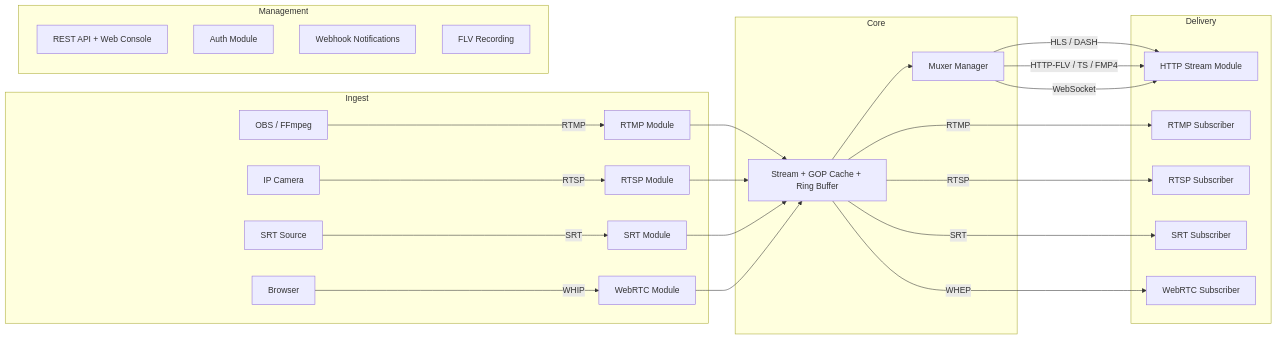
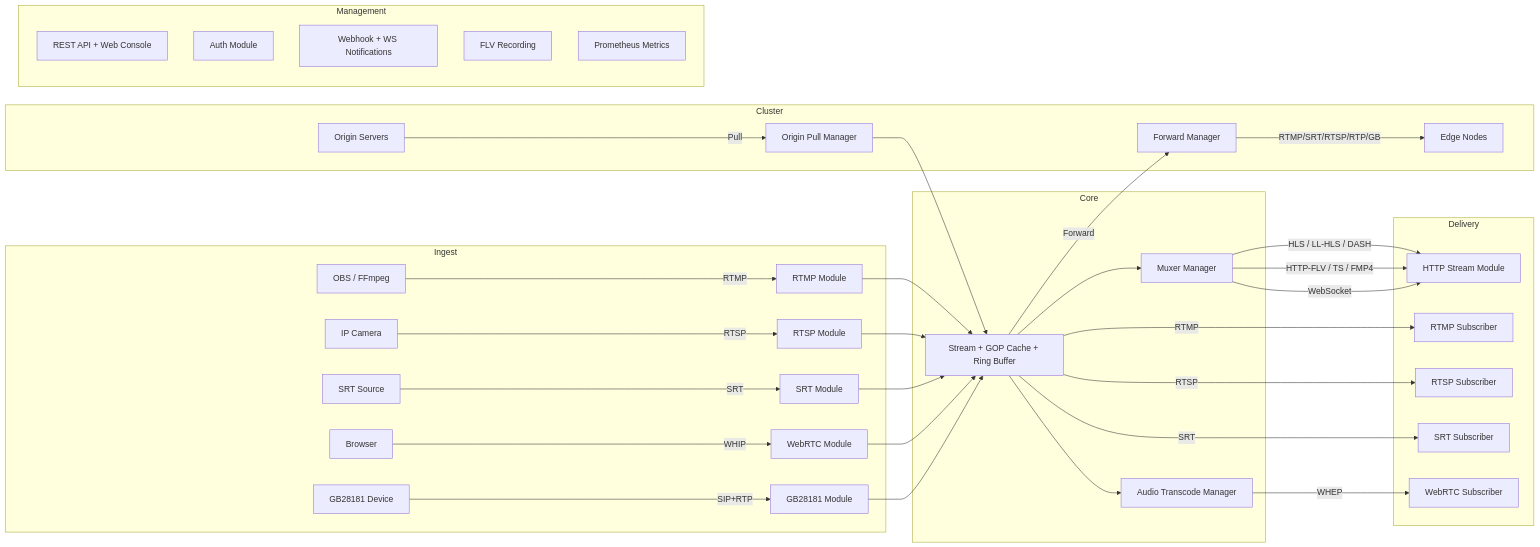
The diagram in README.md (im-pingo/liveforge), drawn with Mermaid before and after one commit. The commit also changed other lines of this file and 1 other file, not shown here.

First line of the commit message:
docs: update README with audio transcoding, GB28181, cluster, LL-HLS, and testing tools

````diff
--- a/README.md
+++ b/README.md
@@ -44,34 +135,45 @@
 ```mermaid
 graph LR
     subgraph Ingest
         OBS[OBS / FFmpeg] -->|RTMP| RTMP_MOD[RTMP Module]
         CAM[IP Camera] -->|RTSP| RTSP_MOD[RTSP Module]
         SRT_PUB[SRT Source] -->|SRT| SRT_MOD[SRT Module]
         BROWSER_PUB[Browser] -->|WHIP| WEBRTC_MOD[WebRTC Module]
+        GB_DEV[GB28181 Device] -->|SIP+RTP| GB_MOD[GB28181 Module]
     end
 
     subgraph Core
         RTMP_MOD --> STREAM[Stream + GOP Cache + Ring Buffer]
         RTSP_MOD --> STREAM
         SRT_MOD --> STREAM
         WEBRTC_MOD --> STREAM
+        GB_MOD --> STREAM
+        STREAM --> TRANSCODE[Audio Transcode Manager]
         STREAM --> MUXER[Muxer Manager]
     end
 
     subgraph Delivery
-        MUXER -->|HLS / DASH| HTTP_MOD[HTTP Stream Module]
+        MUXER -->|HLS / LL-HLS / DASH| HTTP_MOD[HTTP Stream Module]
         MUXER -->|HTTP-FLV / TS / FMP4| HTTP_MOD
         MUXER -->|WebSocket| HTTP_MOD
         STREAM -->|RTMP| RTMP_SUB[RTMP Subscriber]
         STREAM -->|RTSP| RTSP_SUB[RTSP Subscriber]
         STREAM -->|SRT| SRT_SUB[SRT Subscriber]
-        STREAM -->|WHEP| WEBRTC_SUB[WebRTC Subscriber]
+        TRANSCODE -->|WHEP| WEBRTC_SUB[WebRTC Subscriber]
+    end
+
+    subgraph Cluster
+        STREAM -->|Forward| FWD[Forward Manager]
+        FWD -->|RTMP/SRT/RTSP/RTP/GB| EDGE[Edge Nodes]
+        ORIGIN[Origin Servers] -->|Pull| OPL[Origin Pull Manager]
+        OPL --> STREAM
     end
 
     subgraph Management
         API[REST API + Web Console]
         AUTH[Auth Module]
-        NOTIFY[Webhook Notifications]
+        NOTIFY[Webhook + WS Notifications]
         RECORD[FLV Recording]
+        METRICS[Prometheus Metrics]
     end
 ```
````
